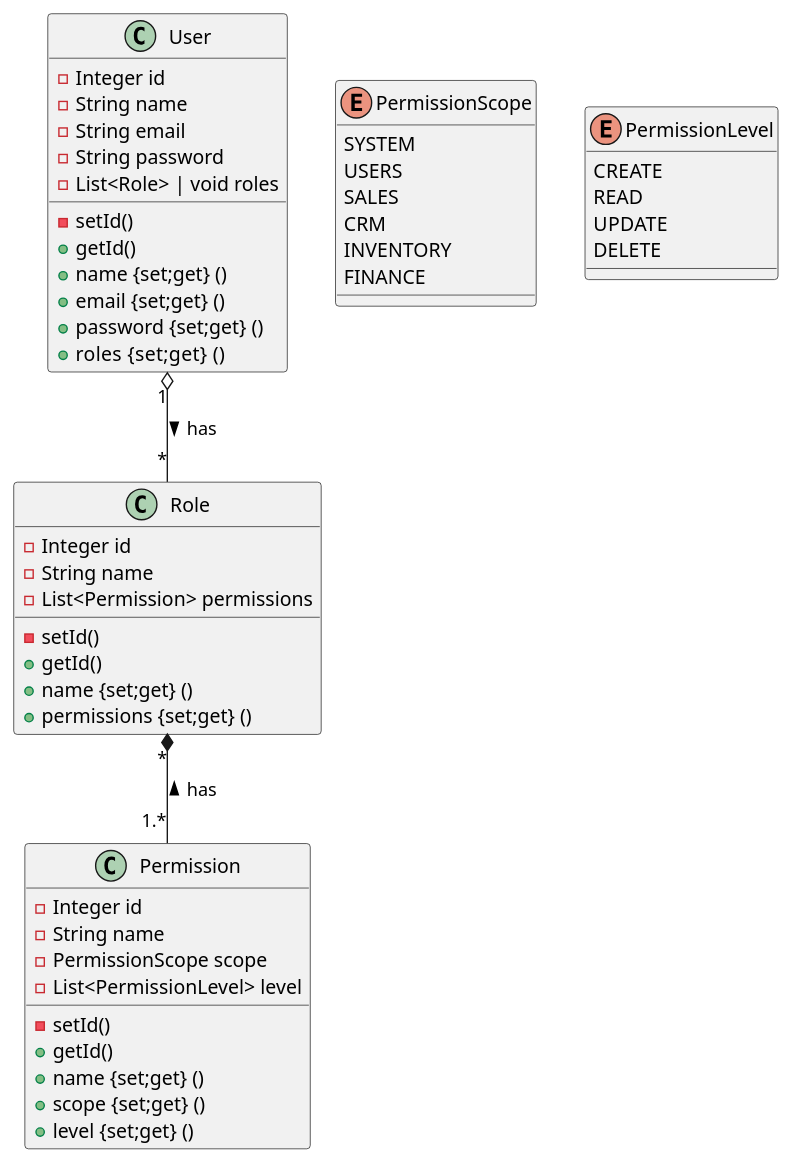
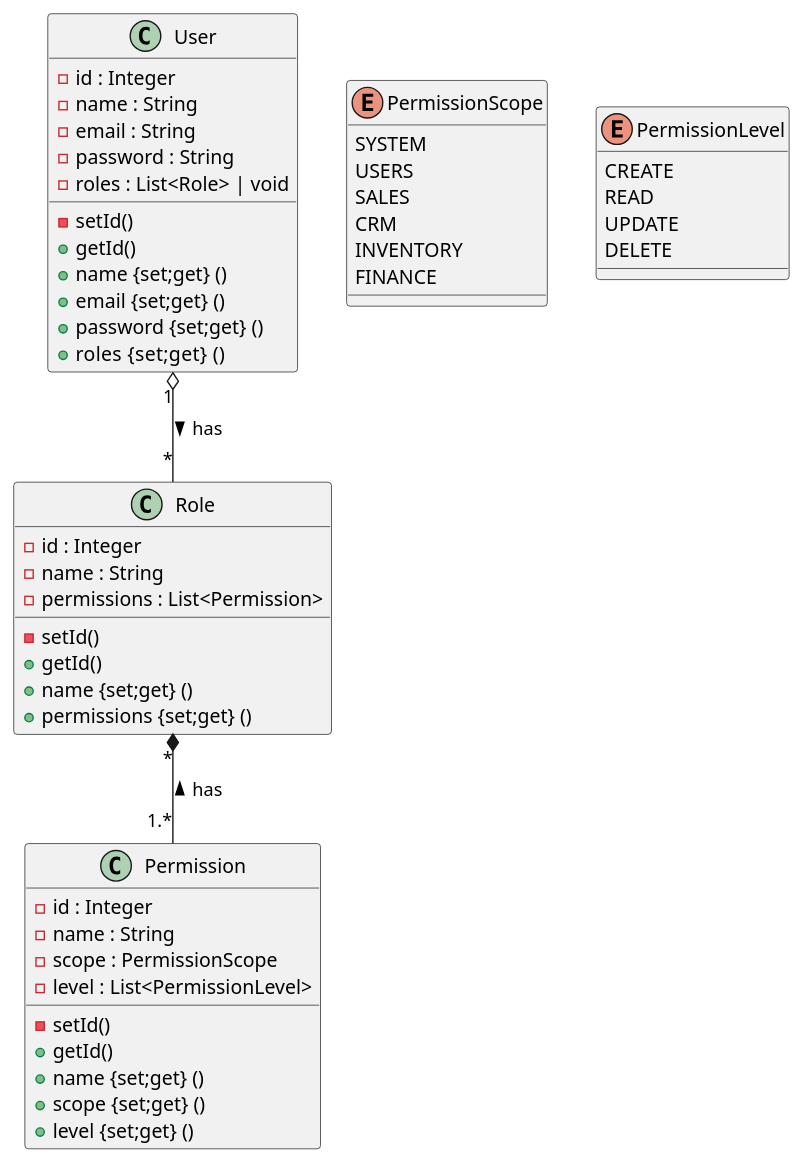
One commit to ines-erp/knowledgebase changed the diagram in Diagrams/2 - Classes/UserCreation.puml. Above: the diagram before and after it, drawn with PlantUML.

Commit message:
changing type to after the attribute name

```diff
--- a/Diagrams/2 - Classes/UserCreation.puml
+++ b/Diagrams/2 - Classes/UserCreation.puml
@@ -1,73 +1,73 @@
 @startuml
 'https://plantuml.com/class-diagram
 
 class User{
-    - Integer id
-    - String name
-    - String email
-    - String password
-    - List<Role> | void roles
+    - id : Integer
+    - name : String
+    - email : String
+    - password : String
+    - roles : List<Role> | void
 
     - setId()
     + getId()
     + name {set;get} ()
     + email {set;get} ()
     + password {set;get} ()
     + roles  {set;get} ()
 }
 
 class Role {
-    - Integer id
-    - String name
-    - List<Permission> permissions
+    - id : Integer
+    - name : String
+    - permissions : List<Permission>
 
     - setId()
     + getId()
     + name {set;get} ()
     + permissions {set;get} ()
 }
 
 class Permission{
-    - Integer id
-    - String name
-    - PermissionScope scope
-    - List<PermissionLevel> level
+    - id : Integer
+    - name : String
+    - scope : PermissionScope
+    - level : List<PermissionLevel>
 
     - setId()
     + getId()
     + name {set;get} ()
     + scope {set;get} ()
     + level {set;get} ()
 }
 
 'class Profile{
 '
 '}
 '
 'class Address
 '
 '
 'class Notification
 
 
 User "1"  o-- "*" Role : > has
 Role "*" *-- "1.*" Permission : < has
 
 
 enum PermissionScope{
     SYSTEM
     USERS
     SALES
     CRM
     INVENTORY
     FINANCE
 }
 
 enum PermissionLevel{
     CREATE
     READ
     UPDATE
     DELETE
 }
 
 @enduml
```
